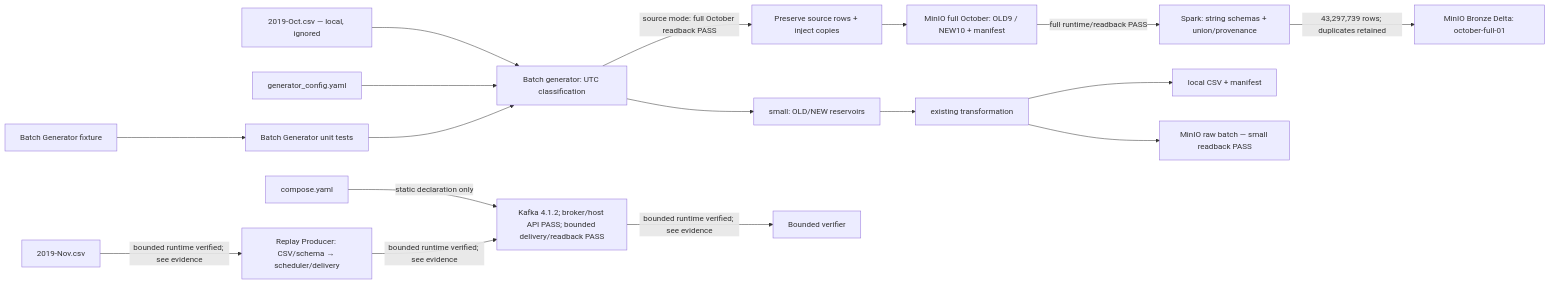
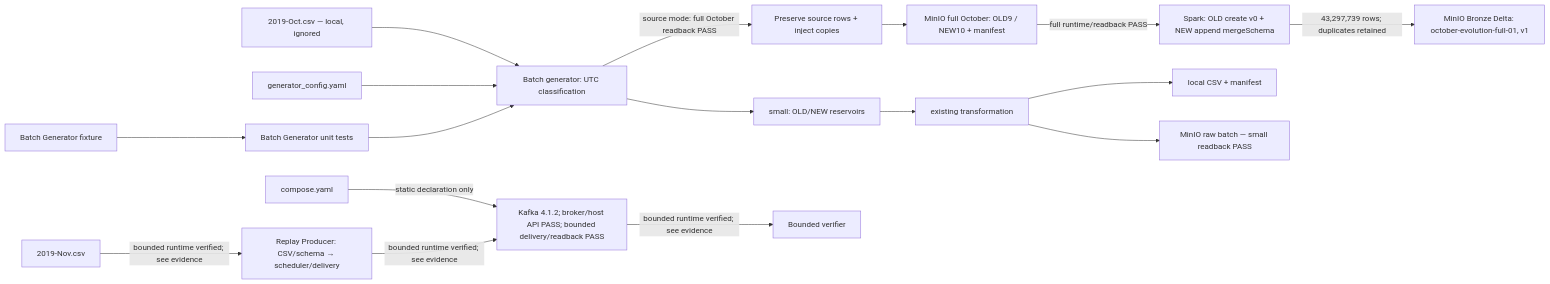
One commit to nhannhan2201/ecom_ML_system- changed the diagram in CURRENT_IMPLEMENTATION.md. Above: the diagram before and after it, drawn with Mermaid. The commit also changed other lines of this file and 14 other files, not shown here.

Commit message:
feat: verify Delta schema evolution for Raw to Bronze

````diff
--- a/CURRENT_IMPLEMENTATION.md
+++ b/CURRENT_IMPLEMENTATION.md
@@ -28,17 +28,17 @@
 ```mermaid
 flowchart LR
   CSV["2019-Oct.csv — local, ignored"] --> CLASS["Batch generator: UTC classification"]
   CFG["generator_config.yaml"] --> CLASS
   CLASS -->|"source mode: full October readback PASS"| SOURCE["Preserve source rows + inject copies"]
   SOURCE --> FULL["MinIO full October: OLD9 / NEW10 + manifest"]
-  FULL -->|"full runtime/readback PASS"| SP["Spark: string schemas + union/provenance"]
-  SP -->|"43,297,739 rows; duplicates retained"| BR["MinIO Bronze Delta: october-full-01"]
+  FULL -->|"full runtime/readback PASS"| SP["Spark: OLD create v0 + NEW append mergeSchema"]
+  SP -->|"43,297,739 rows; duplicates retained"| BR["MinIO Bronze Delta: october-evolution-full-01, v1"]
   CLASS --> SAMPLE["small: OLD/NEW reservoirs"] --> TRANS["existing transformation"]
   TRANS --> LOCAL["local CSV + manifest"]
   TRANS --> RAW["MinIO raw batch — small readback PASS"]
   COMPOSE["compose.yaml"] -->|"static declaration only"| K["Kafka 4.1.2; broker/host API PASS; bounded delivery/readback PASS"]
   NOV["2019-Nov.csv"] -->|"bounded runtime verified; see evidence"| RP["Replay Producer: CSV/schema → scheduler/delivery"]
   RP -->|"bounded runtime verified; see evidence"| K
   K -->|"bounded runtime verified; see evidence"| READBACK["Bounded verifier"]
   FIX["Batch Generator fixture"] --> TEST["Batch Generator unit tests"] --> CLASS
 ```
````
